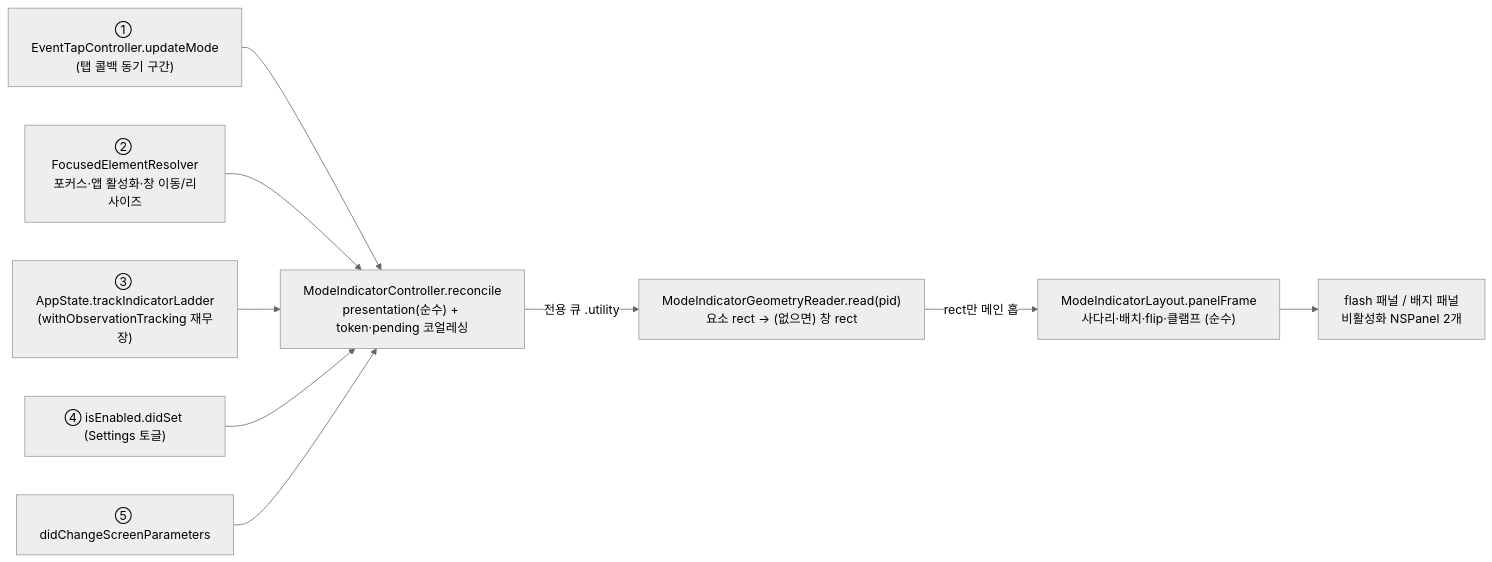
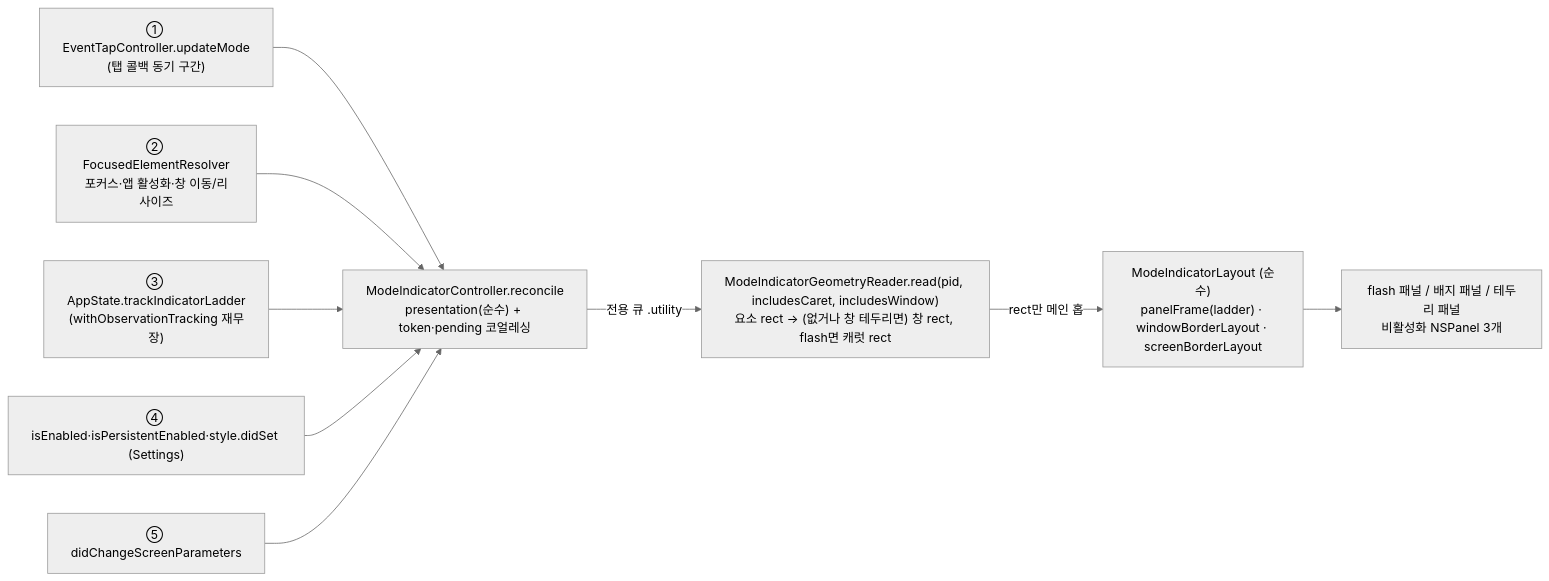
One commit to pilyang/vim-action changed the diagram in .claude/skills/architecture/references/mode-indicator-overlay.md. Above: the diagram before and after it, drawn with Mermaid (neutral theme). The commit also changed other lines of this file and 18 other files, not shown here.

First line of the commit message:
feat(app): anchor the mode flash at the caret and add a screen-border style (#68)

````diff
--- a/.claude/skills/architecture/references/mode-indicator-overlay.md
+++ b/.claude/skills/architecture/references/mode-indicator-overlay.md
@@ -9,12 +9,12 @@
 ```mermaid
 graph LR
     T1["① EventTapController.updateMode<br/>(탭 콜백 동기 구간)"] --> R
     T2["② FocusedElementResolver<br/>포커스·앱 활성화·창 이동/리사이즈"] --> R
     T3["③ AppState.trackIndicatorLadder<br/>(withObservationTracking 재무장)"] --> R
-    T4["④ isEnabled.didSet (Settings 토글)"] --> R
+    T4["④ isEnabled·isPersistentEnabled·style.didSet (Settings)"] --> R
     T5["⑤ didChangeScreenParameters"] --> R
     R["ModeIndicatorController.reconcile<br/>presentation(순수) + token·pending 코얼레싱"]
-    R -->|전용 큐 .utility| G["ModeIndicatorGeometryReader.read(pid)<br/>요소 rect → (없으면) 창 rect"]
-    G -->|rect만 메인 홉| L["ModeIndicatorLayout.panelFrame<br/>사다리·배치·flip·클램프 (순수)"]
-    L --> P["flash 패널 / 배지 패널<br/>비활성화 NSPanel 2개"]
+    R -->|전용 큐 .utility| G["ModeIndicatorGeometryReader.read(pid, includesCaret, includesWindow)<br/>요소 rect → (없거나 창 테두리면) 창 rect, flash면 캐럿 rect"]
+    G -->|rect만 메인 홉| L["ModeIndicatorLayout (순수)<br/>panelFrame(ladder) · windowBorderLayout · screenBorderLayout"]
+    L --> P["flash 패널 / 배지 패널 / 테두리 패널<br/>비활성화 NSPanel 3개"]
 ```
````
